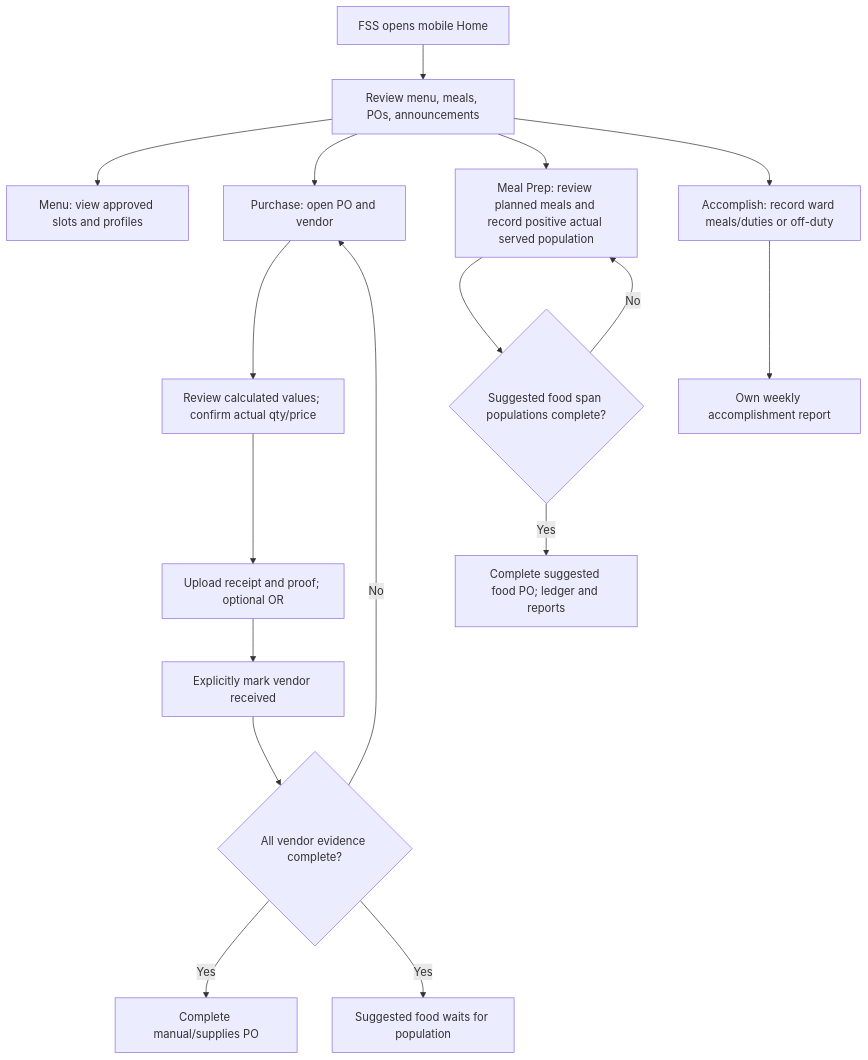
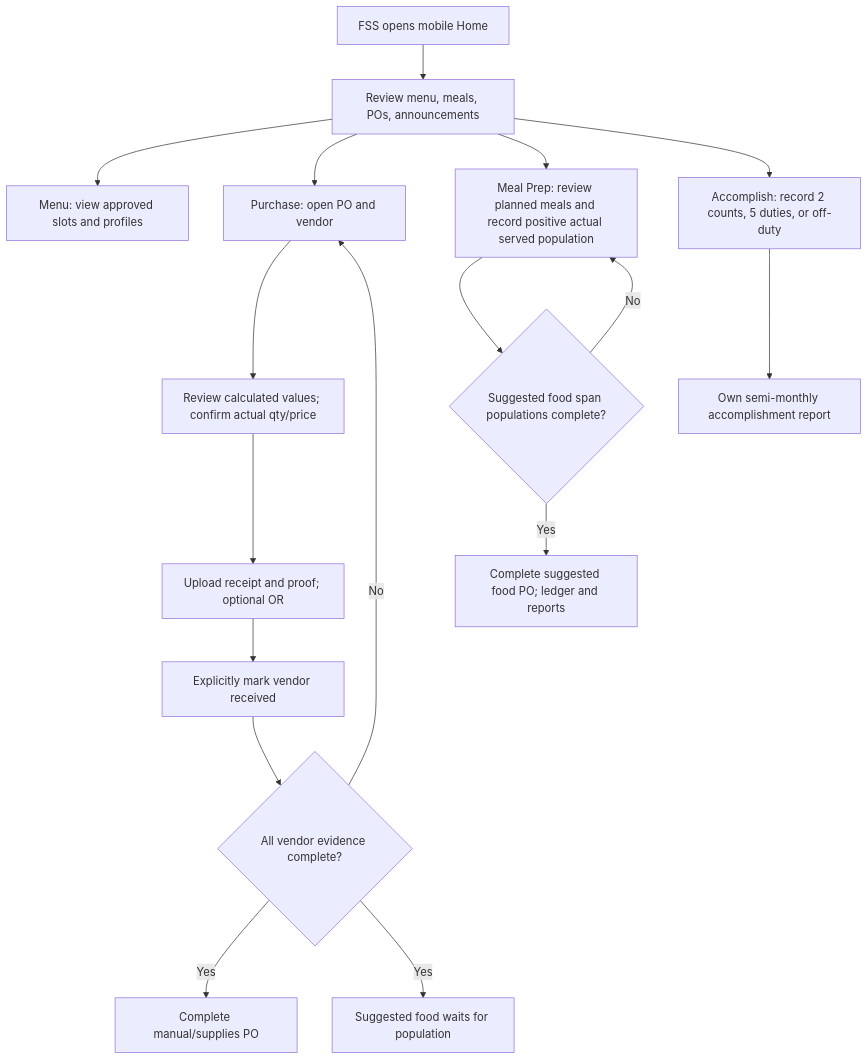
Before and after one commit to ja2gc/Nutriscope: the sixth of 9 diagrams in docs/module-workflow-flowchart.md, drawn with Mermaid. The commit also changed other lines of this file and 24 other files, not shown here.

````diff
--- a/docs/module-workflow-flowchart.md
+++ b/docs/module-workflow-flowchart.md
@@ -221,19 +221,19 @@
 ```mermaid
 flowchart TD
     A["FSS opens mobile Home"] --> B["Review menu, meals, POs, announcements"]
     B --> C["Menu: view approved slots and profiles"]
     B --> D["Purchase: open PO and vendor"]
     D --> E["Review calculated values; confirm actual qty/price"]
     E --> F["Upload receipt and proof; optional OR"]
     F --> G["Explicitly mark vendor received"]
     B --> H["Meal Prep: review planned meals and record positive actual served population"]
-    B --> I["Accomplish: record ward meals/duties or off-duty"]
-    I --> J["Own weekly accomplishment report"]
+    B --> I["Accomplish: record 2 counts, 5 duties, or off-duty"]
+    I --> J["Own semi-monthly accomplishment report"]
     G --> K{"All vendor evidence complete?"}
     H --> L{"Suggested food span populations complete?"}
     K -->|"No"| D
     L -->|"No"| H
     K -->|"Yes"| M["Complete manual/supplies PO"]
     K -->|"Yes"| N["Suggested food waits for population"]
     L -->|"Yes"| O["Complete suggested food PO; ledger and reports"]
 ```
````
